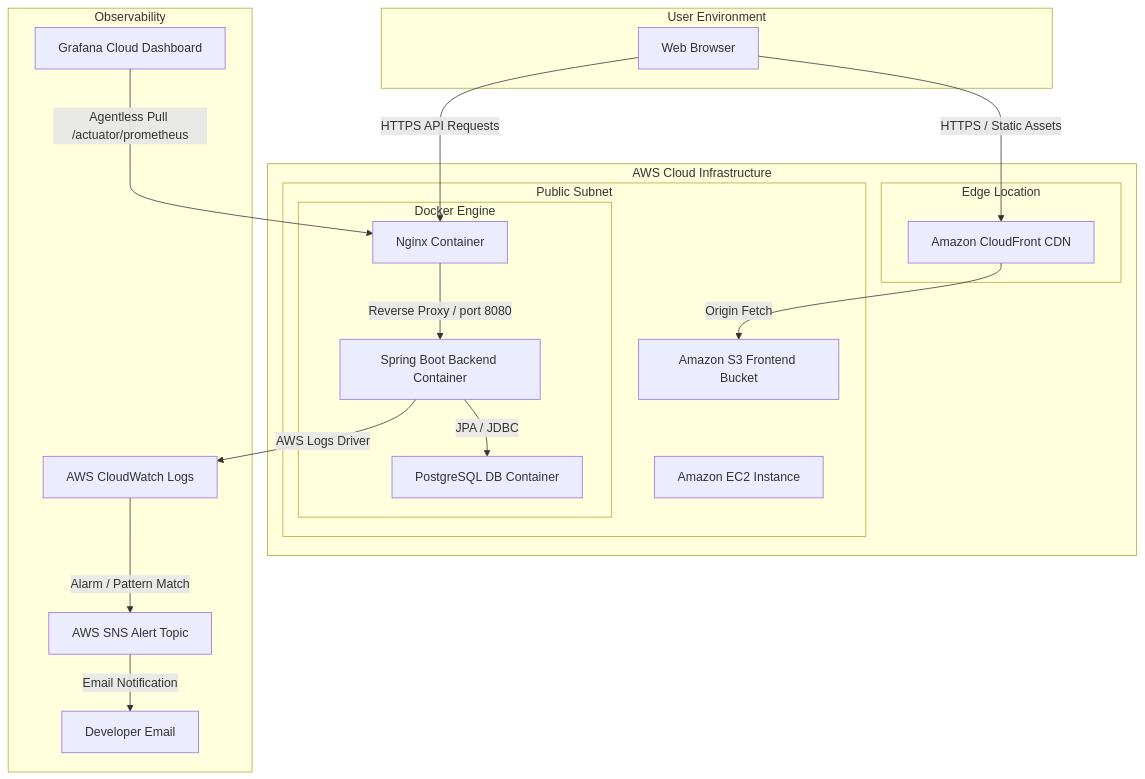
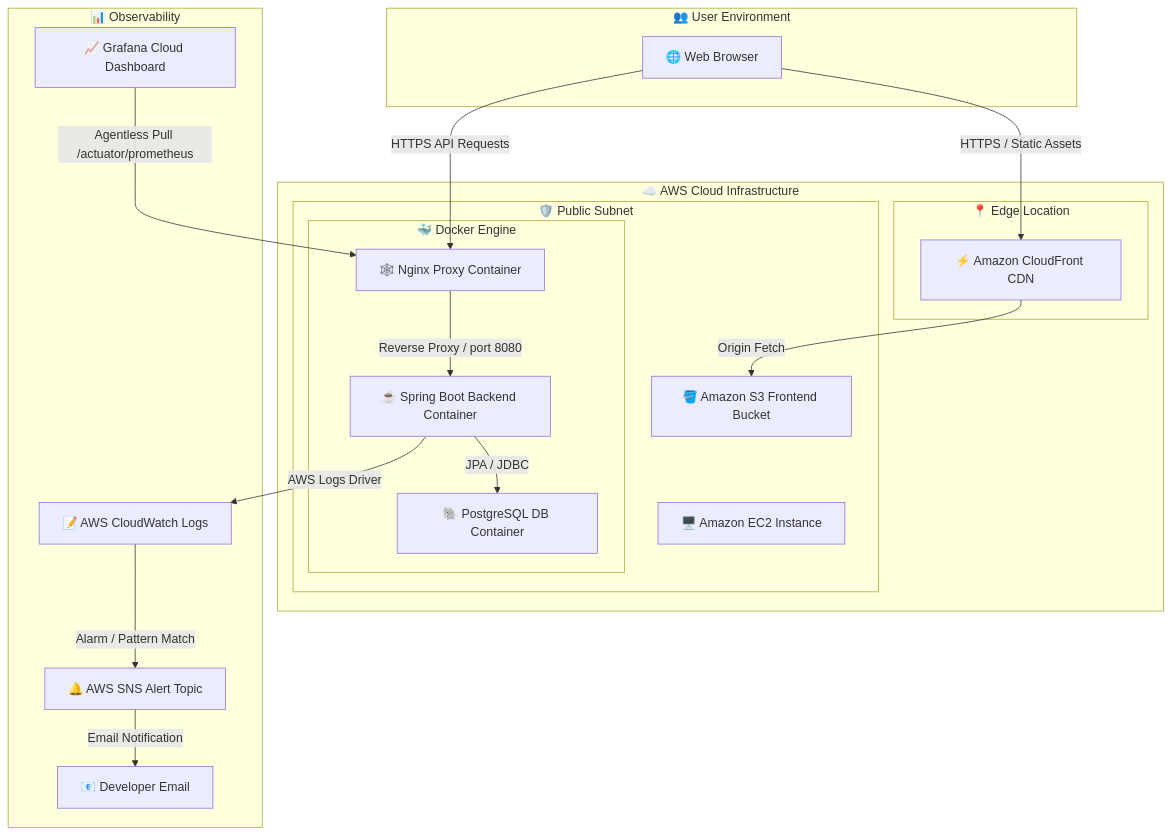
Before and after one commit to devdoyen/rogic.io: the first of 2 diagrams in README.md, drawn with Mermaid. The commit also changed other lines of this file, not shown here.

Commit message:
docs: add descriptive emojis to system architecture and pipeline Mermaid diagrams

````diff
--- a/README.md
+++ b/README.md
@@ -30,45 +30,45 @@
 ```mermaid
 graph TD
-    subgraph Client [User Environment]
-        Browser[Web Browser]
+    subgraph Client [👥 User Environment]
+        Browser[🌐 Web Browser]
     end
 
-    subgraph AWS [AWS Cloud Infrastructure]
-        subgraph Edge [Edge Location]
-            CF[Amazon CloudFront CDN]
+    subgraph AWS [☁️ AWS Cloud Infrastructure]
+        subgraph Edge [📍 Edge Location]
+            CF[⚡ Amazon CloudFront CDN]
         end
         
-        subgraph PublicSubnet [Public Subnet]
-            S3[Amazon S3 Frontend Bucket]
-            EC2[Amazon EC2 Instance]
+        subgraph PublicSubnet [🛡️ Public Subnet]
+            S3[🪣 Amazon S3 Frontend Bucket]
+            EC2[🖥️ Amazon EC2 Instance]
             
-            subgraph Docker [Docker Engine]
-                Nginx[Nginx Container]
-                SpringBoot[Spring Boot Backend Container]
-                Postgres[PostgreSQL DB Container]
+            subgraph Docker [🐳 Docker Engine]
+                Nginx[🕸️ Nginx Proxy Container]
+                SpringBoot[☕ Spring Boot Backend Container]
+                Postgres[🐘 PostgreSQL DB Container]
             end
         end
     end
 
-    subgraph Monitoring [Observability]
-        Grafana[Grafana Cloud Dashboard]
-        CloudWatch[AWS CloudWatch Logs]
-        SNS[AWS SNS Alert Topic]
-        Email[Developer Email]
+    subgraph Monitoring [📊 Observability]
+        Grafana[📈 Grafana Cloud Dashboard]
+        CloudWatch[📝 AWS CloudWatch Logs]
+        SNS[🔔 AWS SNS Alert Topic]
+        Email[📧 Developer Email]
     end
 
     %% Client traffic
     Browser -->|HTTPS / Static Assets| CF
     CF -->|Origin Fetch| S3
     Browser -->|HTTPS API Requests| Nginx
     
     %% Nginx proxying
     Nginx -->|Reverse Proxy / port 8080| SpringBoot
     SpringBoot -->|JPA / JDBC| Postgres
     
     %% Monitoring loops
     Grafana -->|Agentless Pull /actuator/prometheus| Nginx
     SpringBoot -->|AWS Logs Driver| CloudWatch
     CloudWatch -->|Alarm / Pattern Match| SNS
     SNS -->|Email Notification| Email
 ```
````
